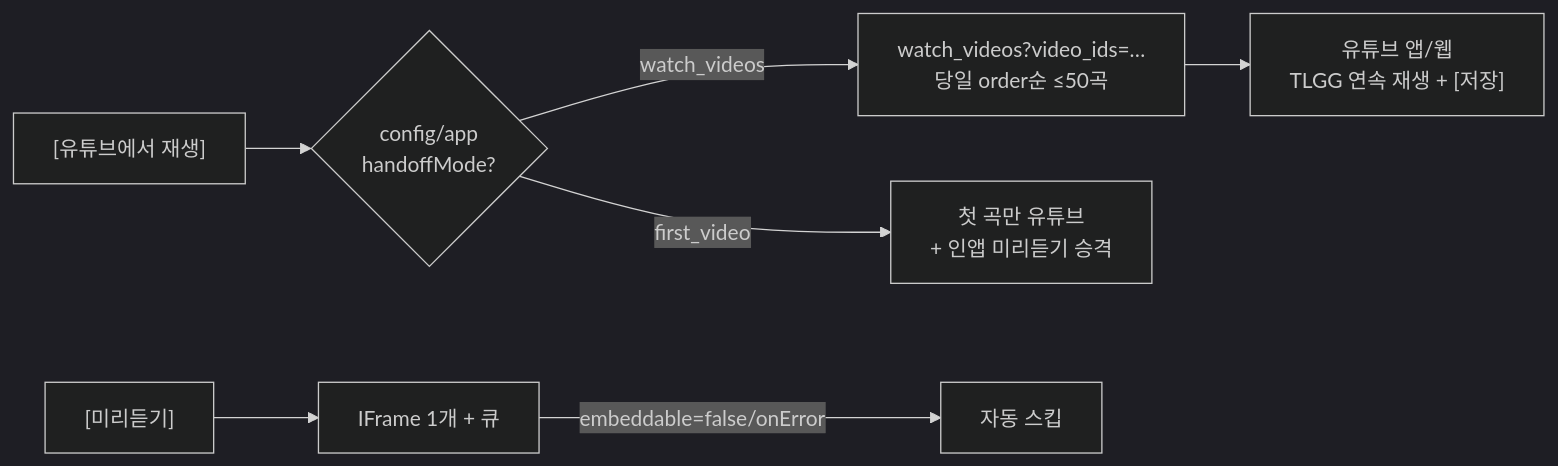
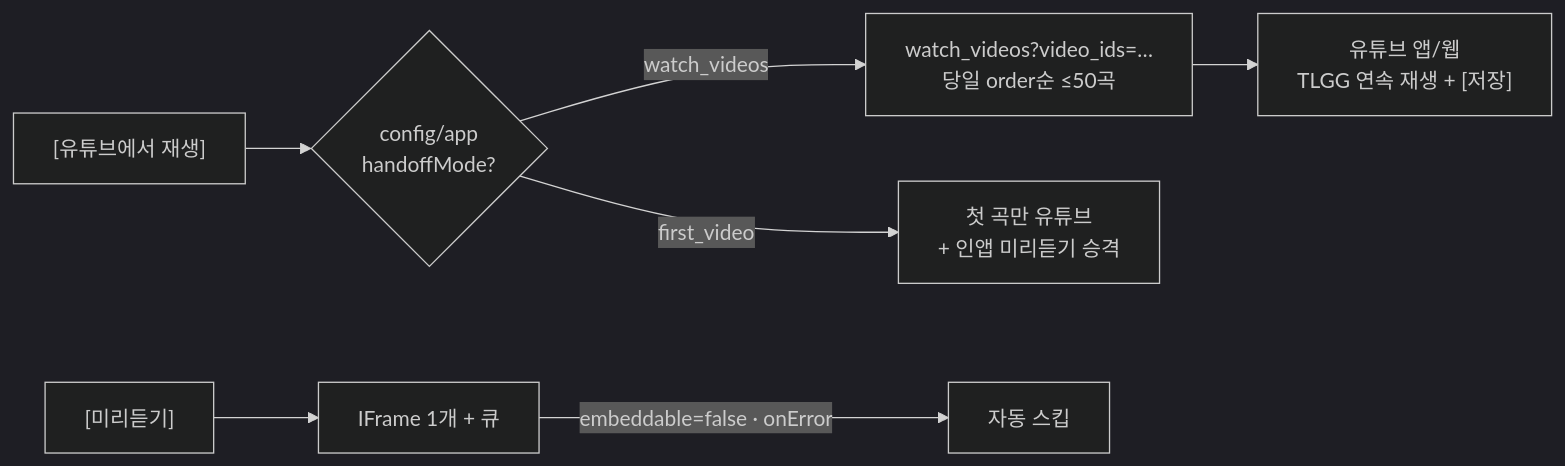
Before and after one commit to team-muzikismulife/muzik: the third of 3 diagrams in docs/시스템아키텍처.md, drawn with Mermaid (dark theme). The commit also changed other lines of this file and 1 other file, not shown here.

First line of the commit message:
docs: PR 리뷰 반영 — mermaid 줄바꿈·타입 표기 수정

````diff
--- a/docs/시스템아키텍처.md
+++ b/docs/시스템아키텍처.md
@@ -108,9 +108,9 @@
 ```mermaid
 flowchart LR
-    Start["[유튜브에서 재생]"] --> Cfg{"config/app\nhandoffMode?"}
-    Cfg -->|watch_videos| WV["watch_videos?video_ids=…\n당일 order순 ≤50곡"]
-    WV --> TLGG["유튜브 앱/웹\nTLGG 연속 재생 + [저장]"]
-    Cfg -->|first_video| FV["첫 곡만 유튜브\n+ 인앱 미리듣기 승격"]
+    Start["[유튜브에서 재생]"] --> Cfg{"config/app<br/>handoffMode?"}
+    Cfg -->|watch_videos| WV["watch_videos?video_ids=…<br/>당일 order순 ≤50곡"]
+    WV --> TLGG["유튜브 앱/웹<br/>TLGG 연속 재생 + [저장]"]
+    Cfg -->|first_video| FV["첫 곡만 유튜브<br/>+ 인앱 미리듣기 승격"]
     Preview["[미리듣기]"] --> IF["IFrame 1개 + 큐"]
-    IF -->|embeddable=false/onError| Skip["자동 스킵"]
+    IF -->|"embeddable=false · onError"| Skip["자동 스킵"]
 ```
````
